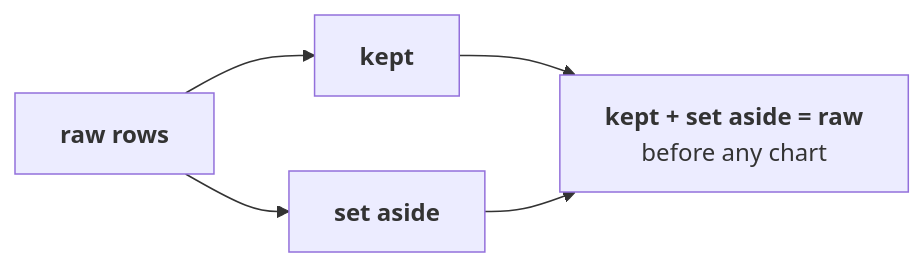
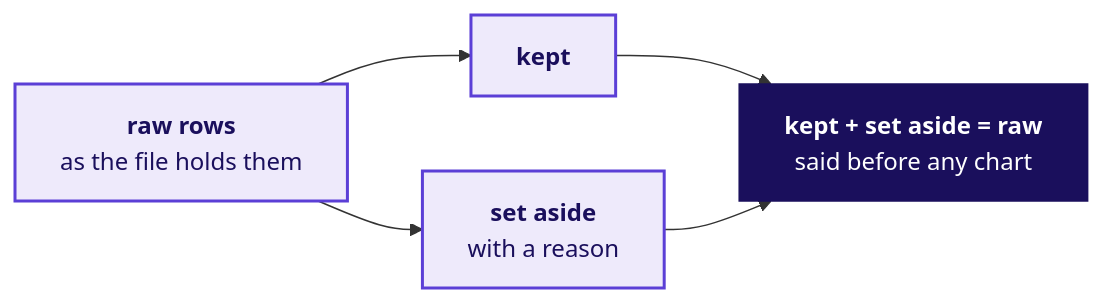
The eighth of 15 diagrams in content/W03/SAT/slides/C2_W03_SAT_presentation_format_STUDENT.md (fde-academy-lab/c2-content-factory), drawn with Mermaid before and after one commit. The commit also changed other lines of this file and 2 other files, not shown here.

````diff
--- a/content/W03/SAT/slides/C2_W03_SAT_presentation_format_STUDENT.md
+++ b/content/W03/SAT/slides/C2_W03_SAT_presentation_format_STUDENT.md
@@ -199,7 +472,11 @@
 ```mermaid
 flowchart LR
-    R["<b>raw rows</b>"] --> K["<b>kept</b>"]
-    R --> X["<b>set aside</b>"]
-    K --> Q["<b>kept + set aside = raw</b><br/>before any chart"]
+    R["<b>raw rows</b><br/>as the file holds them"] --> K["<b>kept</b>"]
+    R --> X["<b>set aside</b><br/>with a reason"]
+    K --> Q["<b>kept + set aside = raw</b><br/>said before any chart"]
     X --> Q
+    classDef known fill:#EEEAFB,stroke:#5B3FD6,color:#1A0F5C,stroke-width:2px
+    classDef bet fill:#1A0F5C,stroke:#1A0F5C,color:#FFFFFF
+    class R,K,X known
+    class Q bet
 ```
````
